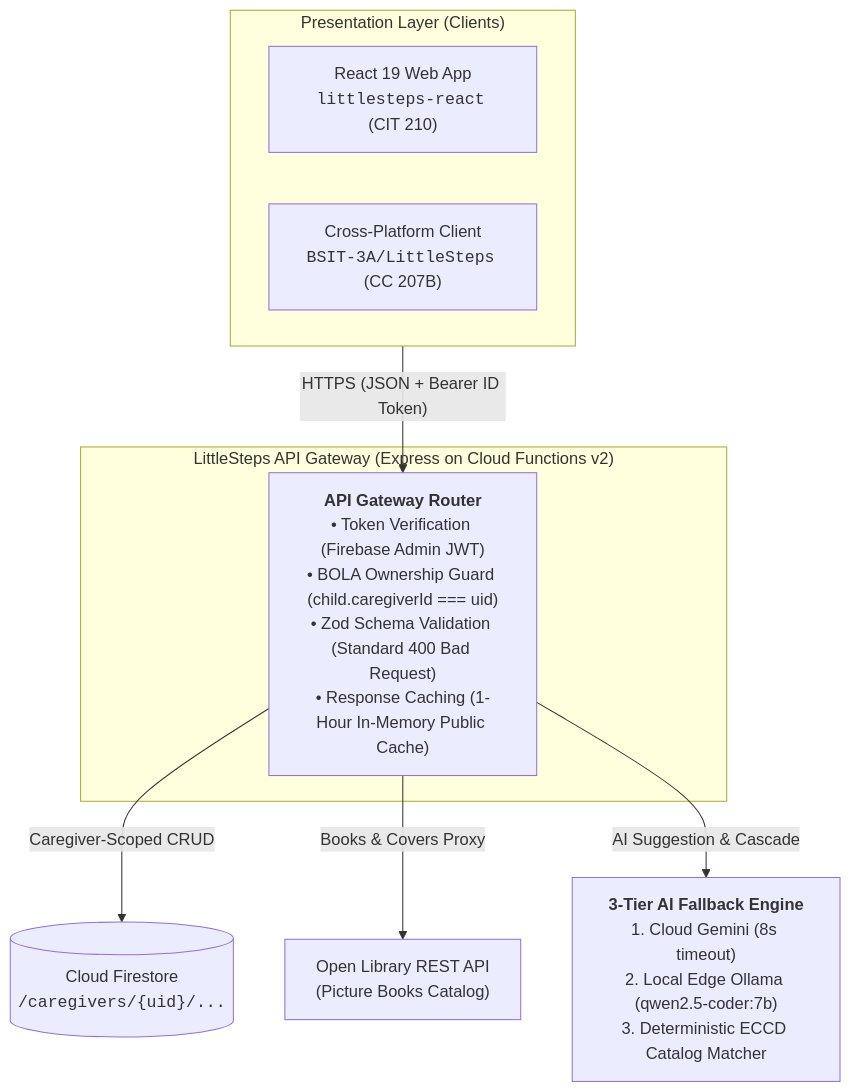
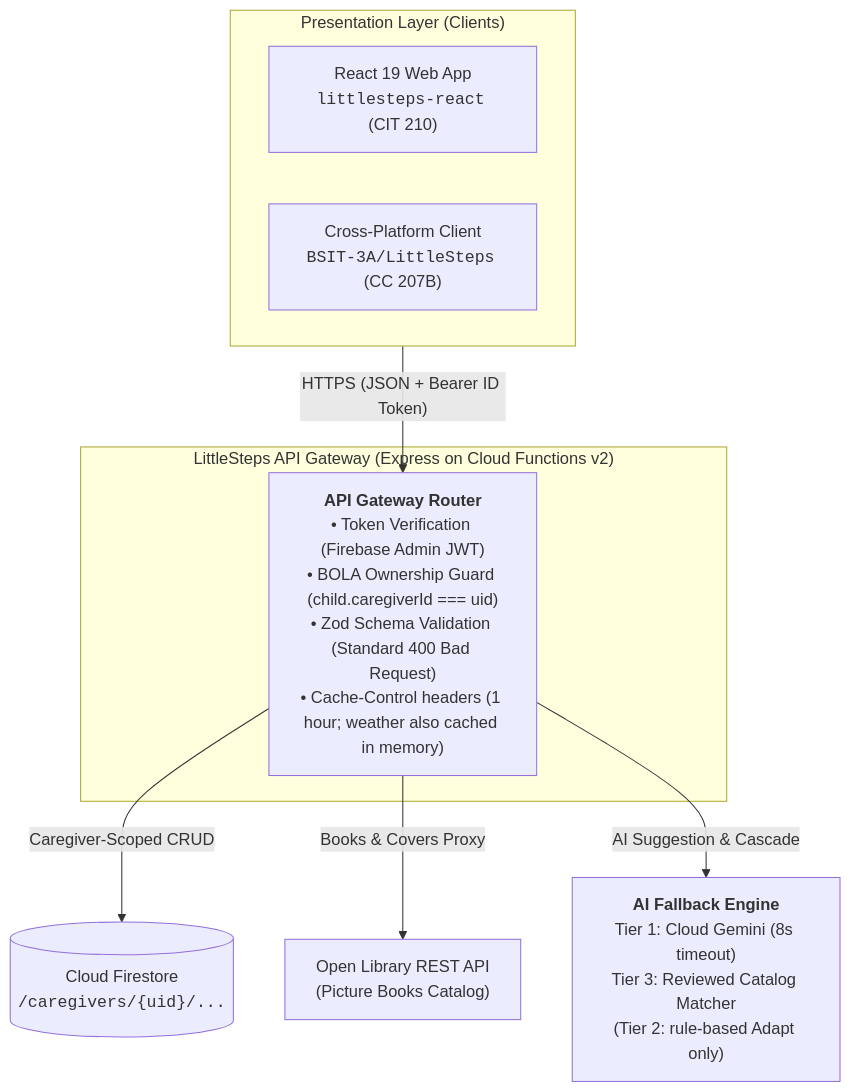
Before and after one commit to Thesis-Titans/littlesteps-docs: the first of 2 diagrams in docs/api-reference.md, drawn with Mermaid. The commit also changed other lines of this file and 6 other files, not shown here.

First line of the commit message:
docs: show the AI fallback as built, with Ollama as planned

````diff
--- a/docs/api-reference.md
+++ b/docs/api-reference.md
@@ -15,17 +15,17 @@
 ```mermaid
 flowchart TD
     subgraph ClientLayer["Presentation Layer (Clients)"]
         ReactApp["React 19 Web App<br/><code>littlesteps-react</code> (CIT 210)"]
         FlutterApp["Cross-Platform Client<br/><code>BSIT-3A/LittleSteps</code> (CC 207B)"]
     end
 
     ClientLayer -->|"HTTPS (JSON + Bearer ID Token)"| APIGateway
 
     subgraph GatewayLayer["LittleSteps API Gateway (Express on Cloud Functions v2)"]
-        APIGateway["<b>API Gateway Router</b><br/>• Token Verification (Firebase Admin JWT)<br/>• BOLA Ownership Guard (child.caregiverId === uid)<br/>• Zod Schema Validation (Standard 400 Bad Request)<br/>• Response Caching (1-Hour In-Memory Public Cache)"]
+        APIGateway["<b>API Gateway Router</b><br/>• Token Verification (Firebase Admin JWT)<br/>• BOLA Ownership Guard (child.caregiverId === uid)<br/>• Zod Schema Validation (Standard 400 Bad Request)<br/>• Cache-Control headers (1 hour; weather also cached in memory)"]
     end
 
     APIGateway -->|"Caregiver-Scoped CRUD"| Firestore[("Cloud Firestore<br/><code>/caregivers/{uid}/...</code>")]
     APIGateway -->|"Books & Covers Proxy"| OpenLibrary["Open Library REST API<br/>(Picture Books Catalog)"]
-    APIGateway -->|"AI Suggestion & Cascade"| AIEngine["<b>3-Tier AI Fallback Engine</b><br/>1. Cloud Gemini (8s timeout)<br/>2. Local Edge Ollama (qwen2.5-coder:7b)<br/>3. Deterministic ECCD Catalog Matcher"]
+    APIGateway -->|"AI Suggestion & Cascade"| AIEngine["<b>AI Fallback Engine</b><br/>Tier 1: Cloud Gemini (8s timeout)<br/>Tier 3: Reviewed Catalog Matcher<br/>(Tier 2: rule-based Adapt only)"]
 ```
````
